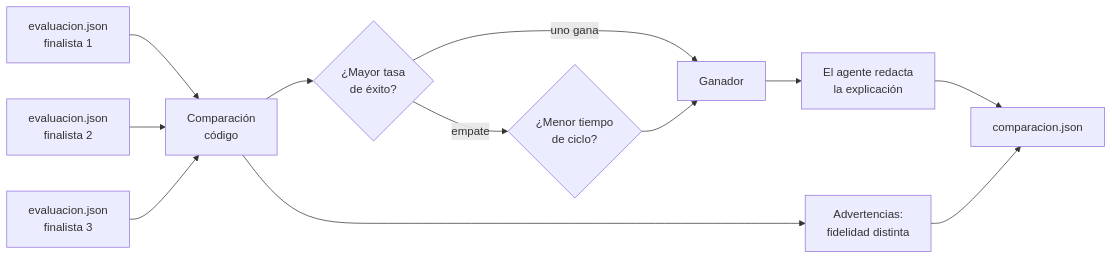
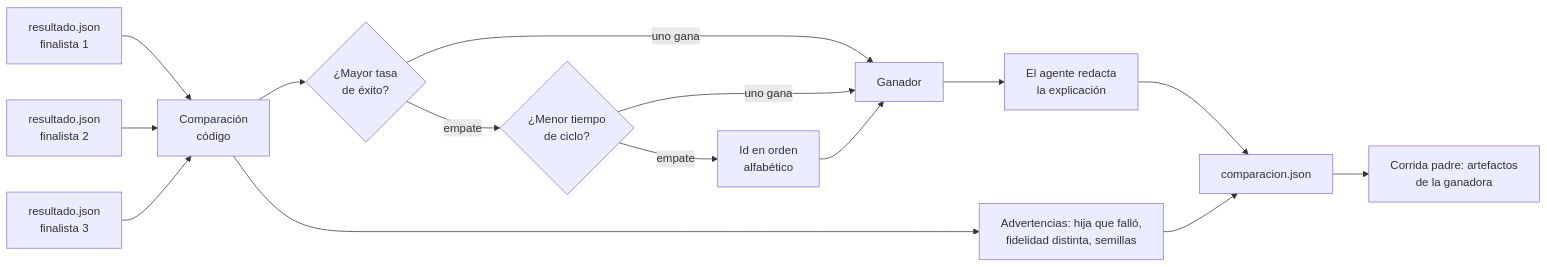
One commit to platanus-hack/platanus-hack-26-cl-team-4 changed the sixth of 7 diagrams in docs/agentes/seleccion-robot-flujo.md. Above: the diagram before and after it, drawn with Mermaid. The commit also changed other lines of this file and 5 other files, not shown here.

````diff
--- a/docs/agentes/seleccion-robot-flujo.md
+++ b/docs/agentes/seleccion-robot-flujo.md
@@ -129,14 +141,17 @@
 ```mermaid
 flowchart LR
-  J1["evaluacion.json<br/>finalista 1"] --> CMP["Comparación<br/>código"]
-  J2["evaluacion.json<br/>finalista 2"] --> CMP
-  J3["evaluacion.json<br/>finalista 3"] --> CMP
+  J1["resultado.json<br/>finalista 1"] --> CMP["Comparación<br/>código"]
+  J2["resultado.json<br/>finalista 2"] --> CMP
+  J3["resultado.json<br/>finalista 3"] --> CMP
   CMP --> R1{"¿Mayor tasa<br/>de éxito?"}
   R1 -->|empate| R2{"¿Menor tiempo<br/>de ciclo?"}
+  R2 -->|empate| R3["Id en orden<br/>alfabético"]
   R1 -->|"uno gana"| G["Ganador"]
-  R2 --> G
+  R2 -->|"uno gana"| G
+  R3 --> G
   G --> EXP["El agente redacta<br/>la explicación"]
-  CMP --> ADV["Advertencias:<br/>fidelidad distinta"]
+  CMP --> ADV["Advertencias: hija que falló,<br/>fidelidad distinta, semillas"]
   EXP --> OUT[comparacion.json]
   ADV --> OUT
+  OUT --> P["Corrida padre: artefactos<br/>de la ganadora"]
 ```
````
